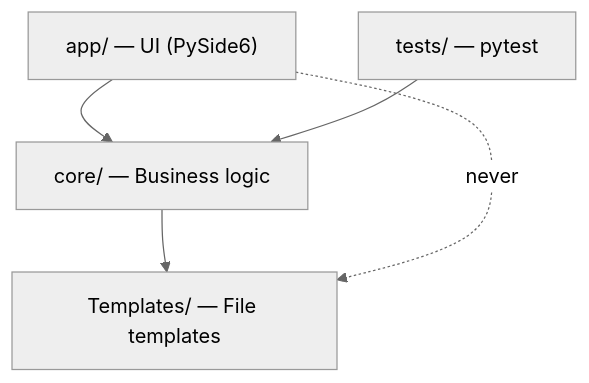
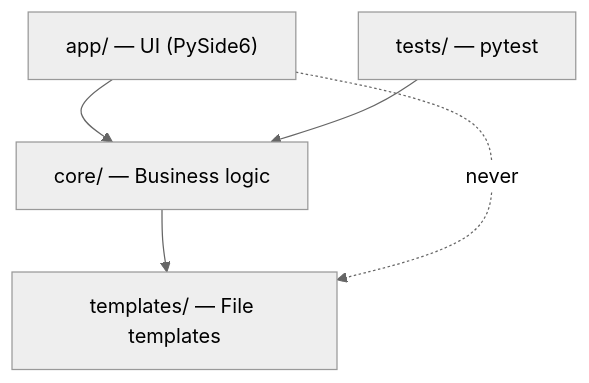
The diagram in docs/architecture.md (tensquaresoftware/luthier), drawn with Mermaid (neutral theme) before and after one commit. The commit also changed other lines of this file and 5 other files, not shown here.

````diff
--- a/docs/architecture.md
+++ b/docs/architecture.md
@@ -11,12 +11,12 @@
 ```mermaid
 graph TD
   app["app/ — UI (PySide6)"]
   core["core/ — Business logic"]
-  tmpl["Templates/ — File templates"]
+  tmpl["templates/ — File templates"]
   tests["tests/ — pytest"]
 
   app --> core
   core --> tmpl
   tests --> core
   app -. "never" .-> tmpl
 ```
````
